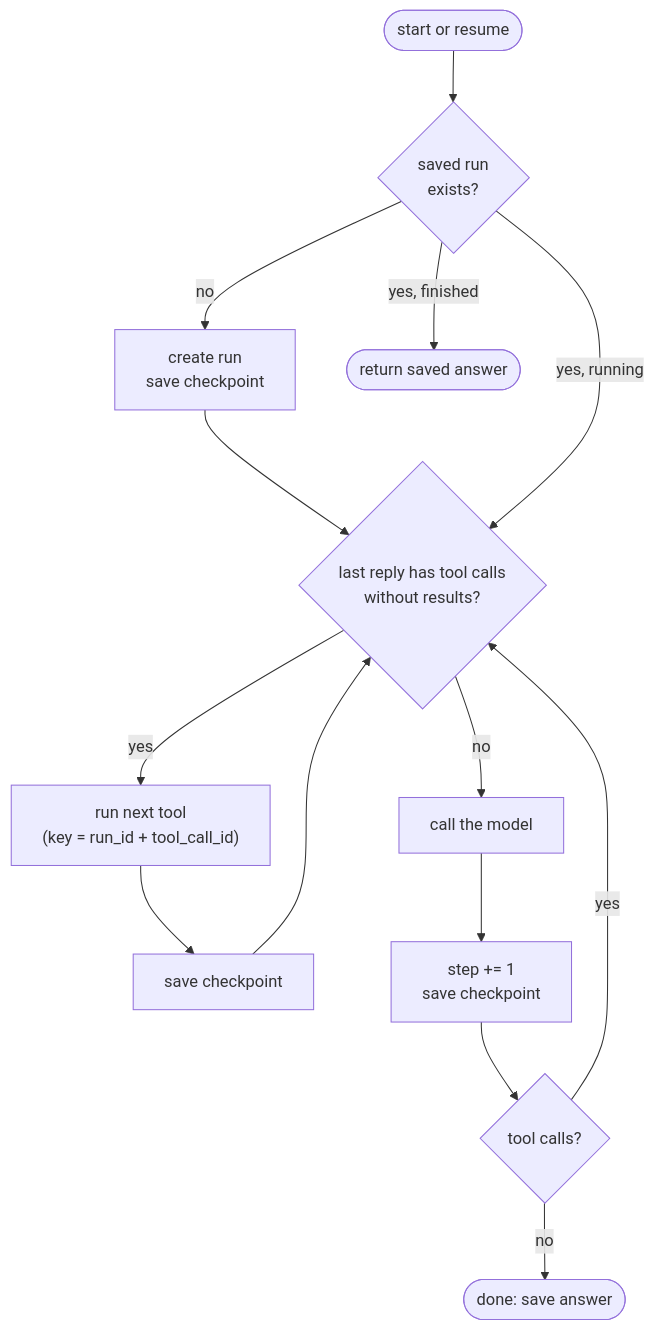
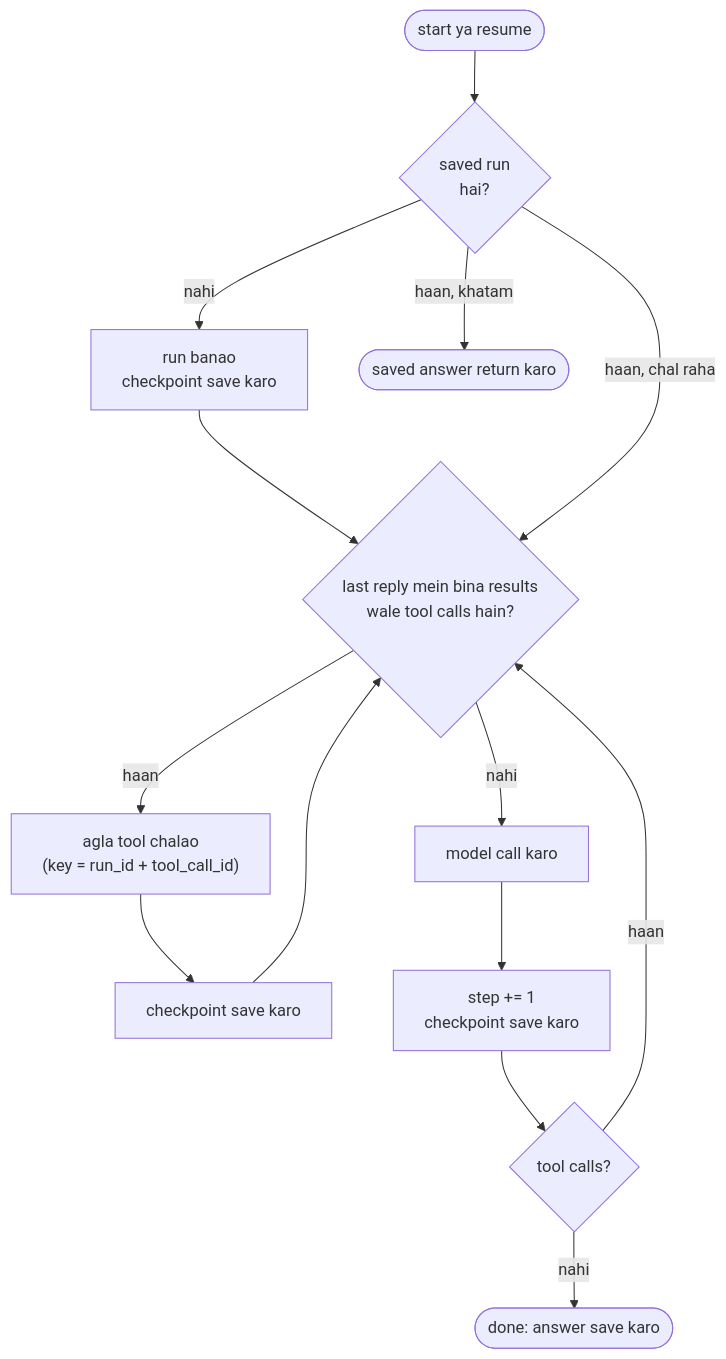
The diagram in docs/15-production-and-deployment/15.4-state-persistence-and-resumability.md (asmustechno/agentic-ai-notes), drawn with Mermaid before and after one commit. The commit also changed other lines of this file and 135 other files, not shown here.

````diff
--- a/docs/15-production-and-deployment/15.4-state-persistence-and-resumability.md
+++ b/docs/15-production-and-deployment/15.4-state-persistence-and-resumability.md
@@ -41,11 +41,11 @@
 ```mermaid
 flowchart TD
-    S(["start or resume"]) --> L{"saved run<br/>exists?"}
-    L -- no --> N["create run<br/>save checkpoint"] --> P
-    L -- "yes, finished" --> R(["return saved answer"])
-    L -- "yes, running" --> P{"last reply has tool calls<br/>without results?"}
-    P -- yes --> T["run next tool<br/>(key = run_id + tool_call_id)"] --> CT["save checkpoint"] --> P
-    P -- no --> M["call the model"] --> CM["step += 1<br/>save checkpoint"] --> D{"tool calls?"}
-    D -- yes --> P
-    D -- no --> F(["done: save answer"])
+    S(["start ya resume"]) --> L{"saved run<br/>hai?"}
+    L -- nahi --> N["run banao<br/>checkpoint save karo"] --> P
+    L -- "haan, khatam" --> R(["saved answer return karo"])
+    L -- "haan, chal raha" --> P{"last reply mein bina results<br/>wale tool calls hain?"}
+    P -- haan --> T["agla tool chalao<br/>(key = run_id + tool_call_id)"] --> CT["checkpoint save karo"] --> P
+    P -- nahi --> M["model call karo"] --> CM["step += 1<br/>checkpoint save karo"] --> D{"tool calls?"}
+    D -- haan --> P
+    D -- nahi --> F(["done: answer save karo"])
 ```
````
